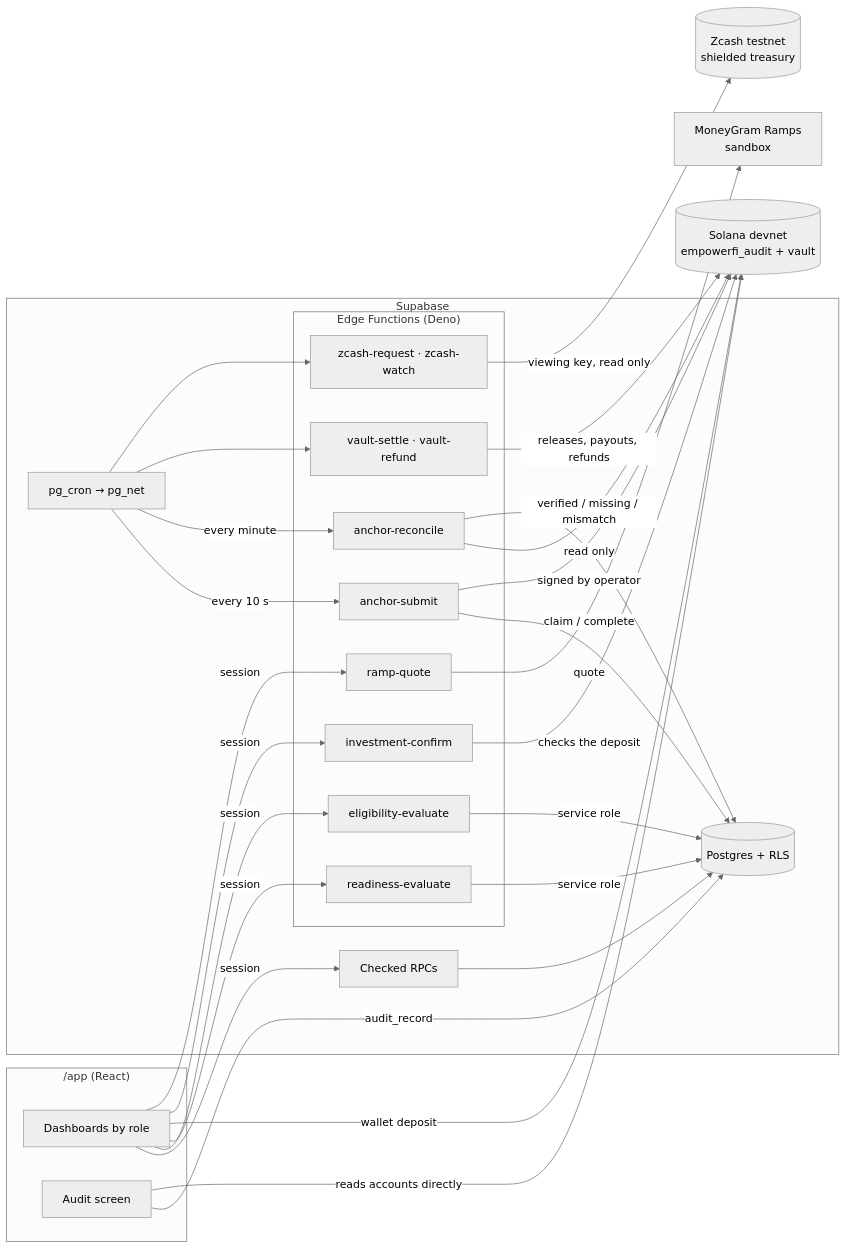
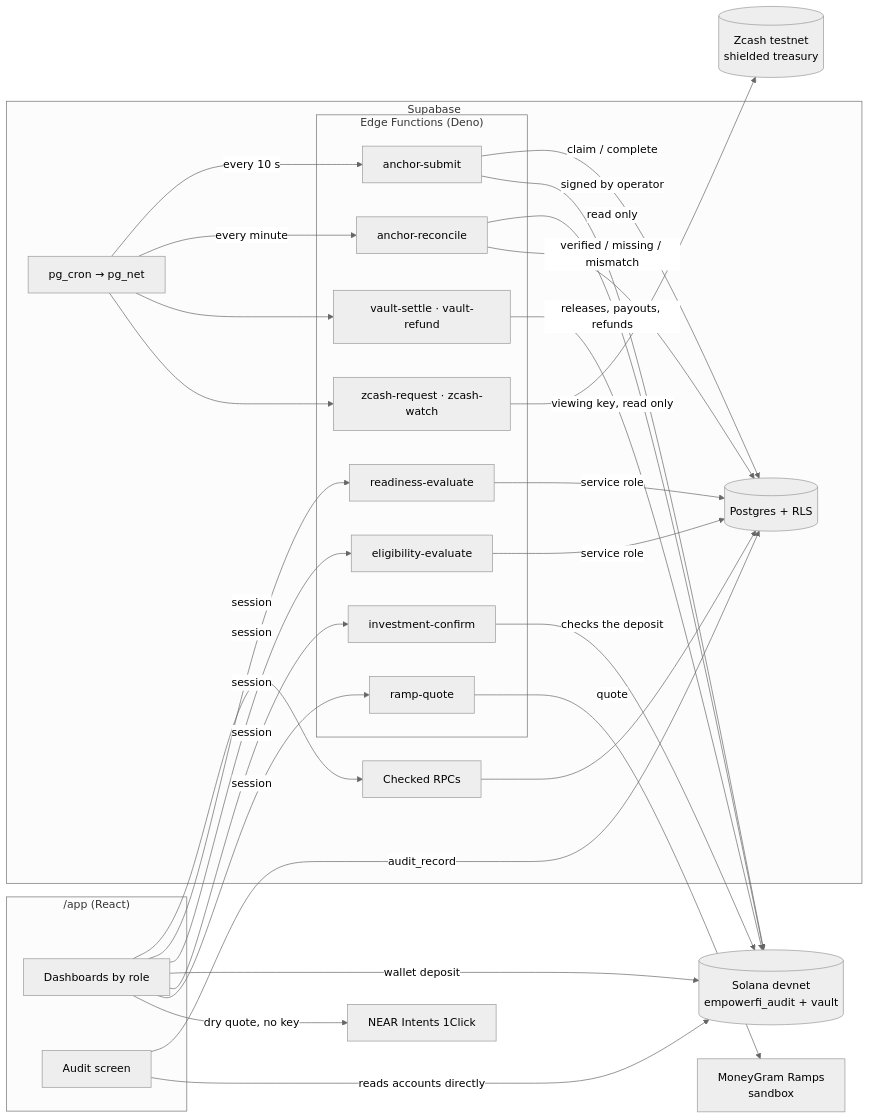
One commit to EmpowerFI/credit-forge-x changed the diagram in docs/ARCHITECTURE.md. Above: the diagram before and after it, drawn with Mermaid (neutral theme). The commit also changed other lines of this file and 3 other files, not shown here.

````diff
--- a/docs/ARCHITECTURE.md
+++ b/docs/ARCHITECTURE.md
@@ -15,44 +15,46 @@
 ```mermaid
 flowchart LR
   subgraph Browser["/app (React)"]
     UI[Dashboards by role]
     AUD[Audit screen]
   end
   subgraph Supabase
     PG[(Postgres + RLS)]
     RPC[Checked RPCs]
     CRON[pg_cron → pg_net]
     subgraph Edge["Edge Functions (Deno)"]
       RE[readiness-evaluate]
       EE[eligibility-evaluate]
       AS[anchor-submit]
       AR[anchor-reconcile]
       IC[investment-confirm]
       VS[vault-settle · vault-refund]
       ZW[zcash-request · zcash-watch]
       RQ[ramp-quote]
     end
   end
   SOL[(Solana devnet<br/>empowerfi_audit + vault)]
   ZEC[(Zcash testnet<br/>shielded treasury)]
   MG[MoneyGram Ramps<br/>sandbox]
+  OC[NEAR Intents 1Click]
 
   UI -- session --> RPC --> PG
   UI -- session --> RE & EE
   RE & EE -- service role --> PG
   CRON -- every 10 s --> AS
   CRON -- every minute --> AR
   AS -- claim / complete --> PG
   AS -- signed by operator --> SOL
   AR -- read only --> SOL
   AR -- verified / missing / mismatch --> PG
   AUD -- audit_record --> PG
   AUD -- reads accounts directly --> SOL
   UI -- wallet deposit --> SOL
   UI -- session --> IC & RQ
   IC -- checks the deposit --> SOL
   CRON --> VS & ZW
   VS -- releases, payouts, refunds --> SOL
   ZW -- viewing key, read only --> ZEC
   RQ -- quote --> MG
+  UI -- dry quote, no key --> OC
 ```
````
